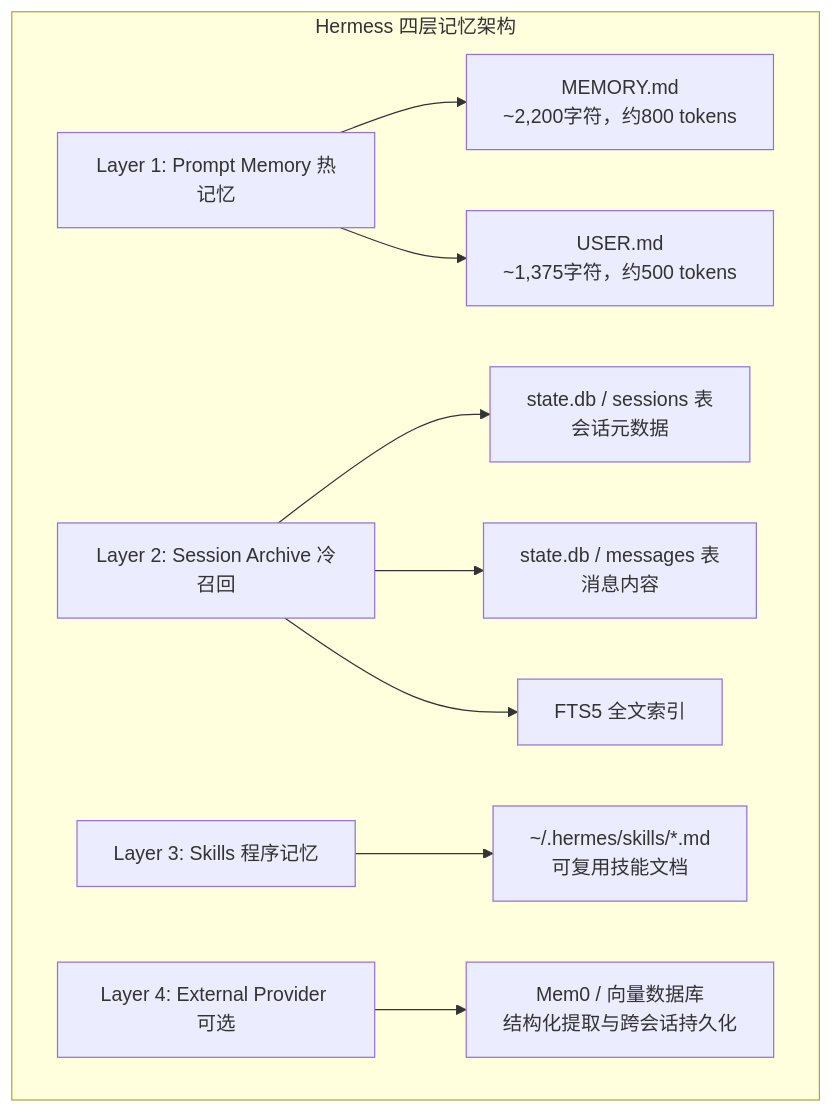
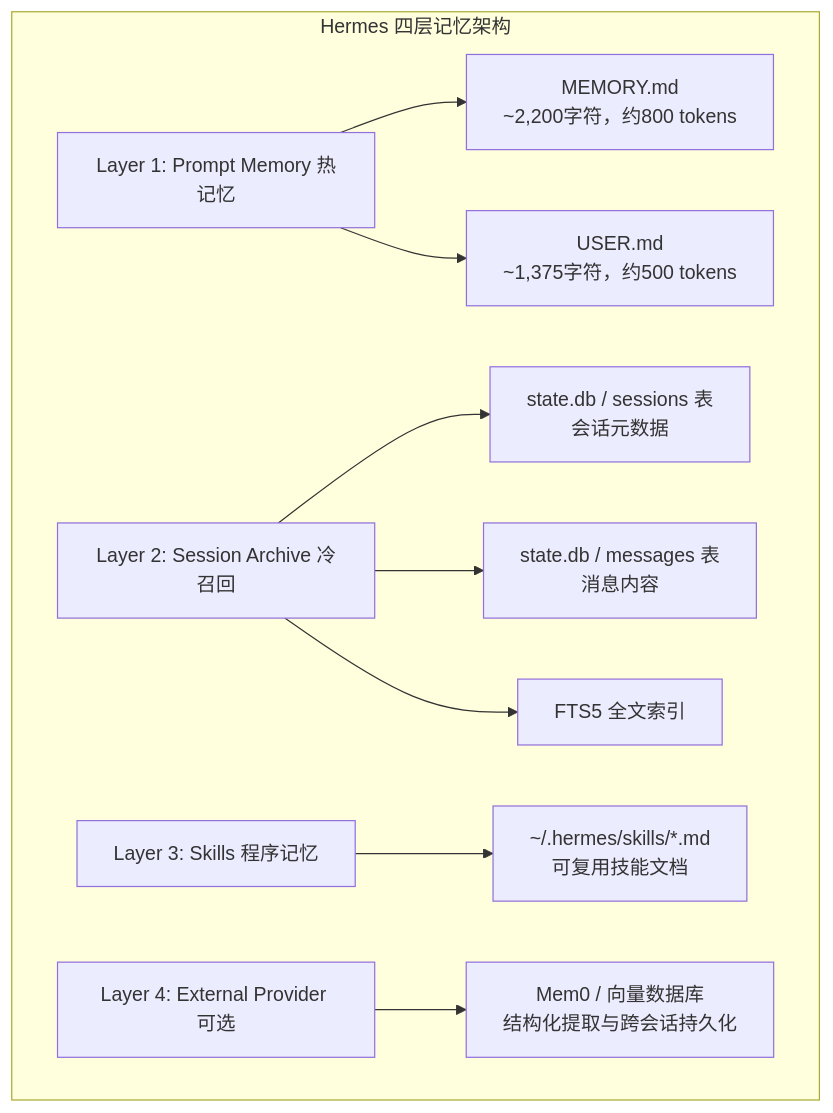
Before and after one commit to holny/Agent-Harness-Develop-Book: diagram 16 of 30 in README.md, drawn with Mermaid. The commit also changed other lines of this file, not shown here.

````diff
--- a/README.md
+++ b/README.md
@@ -2125,19 +2165,19 @@
 ```mermaid
 flowchart TD
-    subgraph Storage [Hermess 四层记忆架构]
+    subgraph Storage [Hermes 四层记忆架构]
         L1[Layer 1: Prompt Memory 热记忆]
         L1 --> L1A[MEMORY.md<br>~2,200字符，约800 tokens]
         L1 --> L1B[USER.md<br>~1,375字符，约500 tokens]
         
         L2[Layer 2: Session Archive 冷召回]
         L2 --> L2A[state.db / sessions 表<br>会话元数据]
         L2 --> L2B[state.db / messages 表<br>消息内容]
         L2 --> L2C[FTS5 全文索引]
         
         L3[Layer 3: Skills 程序记忆]
         L3 --> L3A[~/.hermes/skills/*.md<br>可复用技能文档]
         
         L4[Layer 4: External Provider 可选]
         L4 --> L4A[Mem0 / 向量数据库<br>结构化提取与跨会话持久化]
     end
 ```
````
